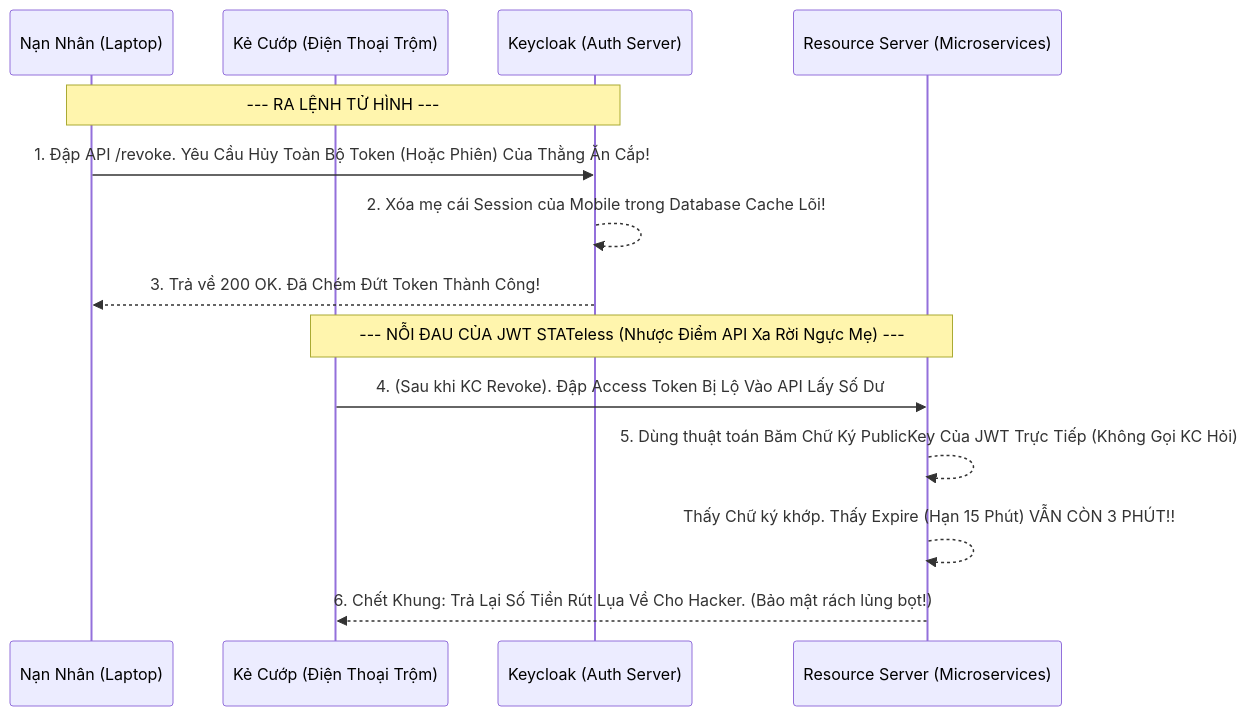
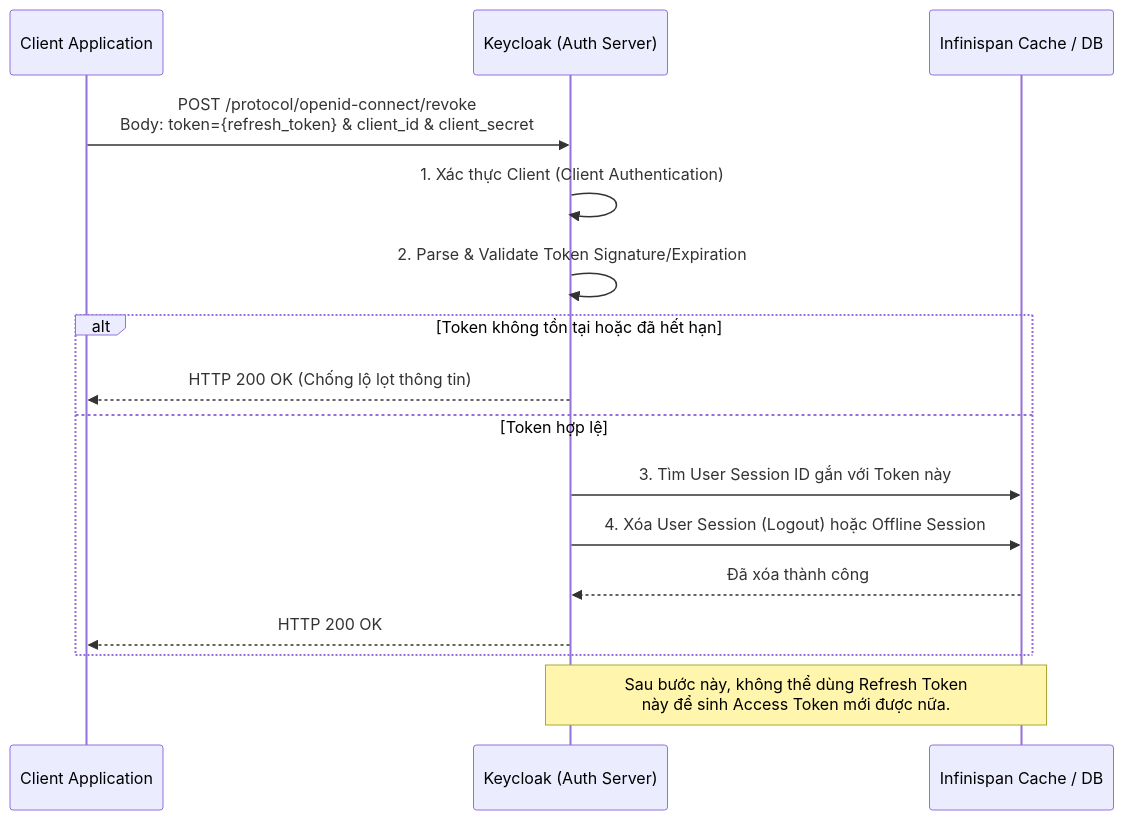
Before and after one commit to Luckyy0/keycloak: the diagram in 15-OAuth2/Module-1-Concepts/Lesson-8-Token-Revocation.md, drawn with Mermaid. The commit also changed other lines of this file and 215 other files, not shown here.

````diff
--- a/15-OAuth2/Module-1-Concepts/Lesson-8-Token-Revocation.md
+++ b/15-OAuth2/Module-1-Concepts/Lesson-8-Token-Revocation.md
@@ -30,20 +25,22 @@
 ```mermaid
 sequenceDiagram
-    participant User as Nạn Nhân (Laptop)
-    participant Hacker as Kẻ Cướp (Điện Thoại Trộm)
+    participant App as Client Application
     participant KC as Keycloak (Auth Server)
-    participant API as Resource Server (Microservices)
+    participant DB as Infinispan Cache / DB
 
-    Note over User, KC: --- RA LỆNH TỬ HÌNH ---
-    User->>KC: 1. Đập API /revoke. Yêu Cầu Hủy Toàn Bộ Token (Hoặc Phiên) Của Thằng Ăn Cắp!
-    KC-->>KC: 2. Xóa mẹ cái Session của Mobile trong Database Cache Lõi!
-    KC-->>User: 3. Trả về 200 OK. Đã Chém Đứt Token Thành Công!
+    App->>KC: POST /protocol/openid-connect/revoke<br>Body: token={refresh_token} & client_id & client_secret
     
-    Note over Hacker, API: --- NỖI ĐAU CỦA JWT STATeless (Nhược Điểm API Xa Rời Ngực Mẹ) ---
-    Hacker->>API: 4. (Sau khi KC Revoke). Đập Access Token Bị Lộ Vào API Lấy Số Dư
+    KC->>KC: 1. Xác thực Client (Client Authentication)
+    KC->>KC: 2. Parse & Validate Token Signature/Expiration
     
-    API-->>API: 5. Dùng thuật toán Băm Chữ Ký PublicKey Của JWT Trực Tiếp (Không Gọi KC Hỏi)
-    API-->>API: Thấy Chữ ký khớp. Thấy Expire (Hạn 15 Phút) VẪN CÒN 3 PHÚT!!
+    alt Token không tồn tại hoặc đã hết hạn
+        KC-->>App: HTTP 200 OK (Chống lộ lọt thông tin)
+    else Token hợp lệ
+        KC->>DB: 3. Tìm User Session ID gắn với Token này
+        KC->>DB: 4. Xóa User Session (Logout) hoặc Offline Session
+        DB-->>KC: Đã xóa thành công
+        KC-->>App: HTTP 200 OK
+    end
     
-    API-->>Hacker: 6. Chết Khung: Trả Lại Số Tiền Rút Lụa Về Cho Hacker. (Bảo mật rách lủng bọt!)
+    Note over KC, DB: Sau bước này, không thể dùng Refresh Token <br> này để sinh Access Token mới được nữa.
 ```
````
